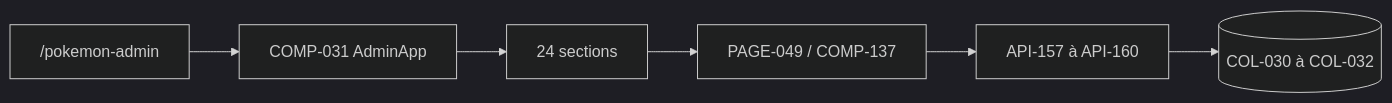
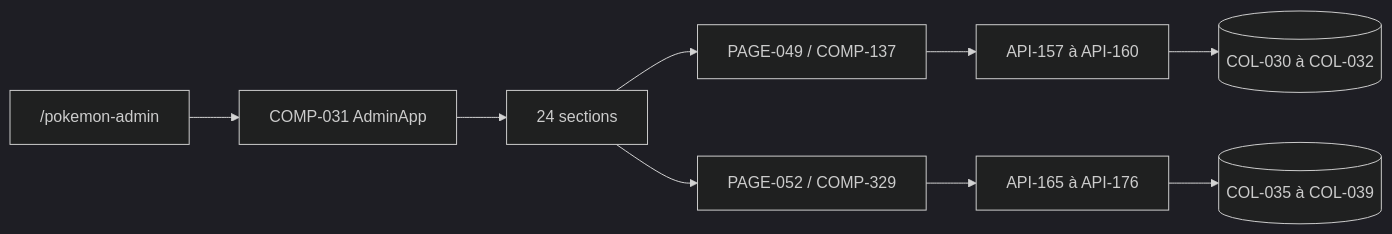
The diagram in docs/codex/Tome 1 — Foundation (Fondations)/DOC-011-dashboard-overview.md (Matthieu-Vachet/dashboard_Admin), drawn with Mermaid (dark theme) before and after one commit. The commit also changed other lines of this file and 63 other files, not shown here.

````diff
--- a/docs/codex/Tome 1 — Foundation (Fondations)/DOC-011-dashboard-overview.md
+++ b/docs/codex/Tome 1 — Foundation (Fondations)/DOC-011-dashboard-overview.md
@@ -72,8 +73,11 @@
 ```mermaid
 flowchart LR
   PAGE["/pokemon-admin"] --> APP["COMP-031 AdminApp"]
   APP --> SECTIONS["24 sections"]
   SECTIONS --> PERSONAL["PAGE-049 / COMP-137"]
   PERSONAL --> ROUTES["API-157 à API-160"]
   ROUTES --> MONGO[("COL-030 à COL-032")]
+  SECTIONS --> GM["PAGE-052 / COMP-329"]
+  GM --> GM_API["API-165 à API-176"]
+  GM_API --> GM_MONGO[("COL-035 à COL-039")]
 ```
````
